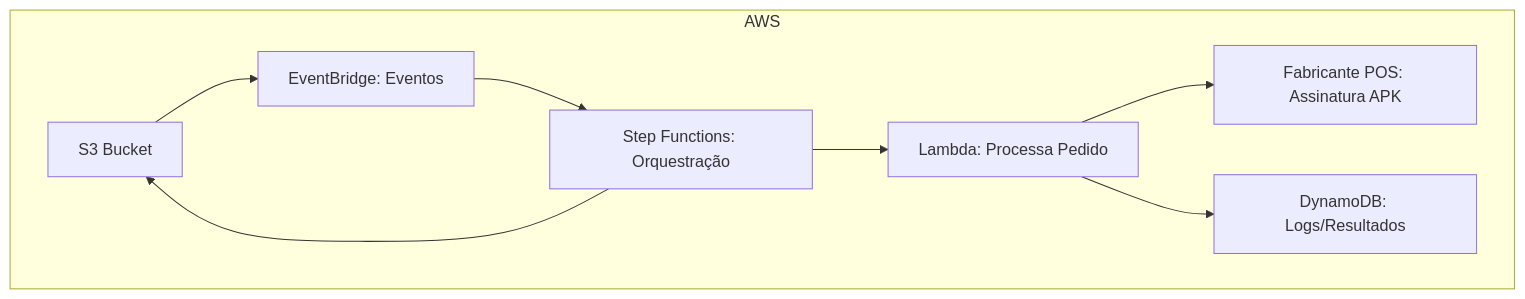
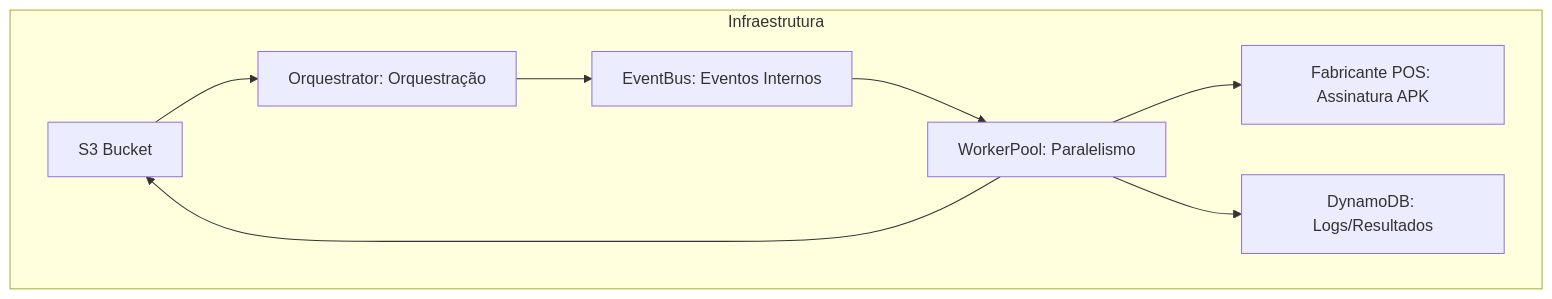
Before and after one commit to brunojet/demo-signserver: the first of 2 diagrams in docs/arquitetura.md, drawn with Mermaid. The commit also changed other lines of this file and 1 other file, not shown here.

````diff
--- a/docs/arquitetura.md
+++ b/docs/arquitetura.md
@@ -7,17 +8,17 @@
 ```mermaid
 graph TD
-    subgraph AWS
+    subgraph Infraestrutura
         S3[S3 Bucket]
-        Lambda[Lambda: Processa Pedido]
-        StepFn[Step Functions: Orquestração]
-        EventBridge[EventBridge: Eventos]
+        EventBus[EventBus: Eventos Internos]
+        Orquestrator[Orquestrator: Orquestração]
+        WorkerPool[WorkerPool: Paralelismo]
         DynamoDB[DynamoDB: Logs/Resultados]
         POS[Fabricante POS: Assinatura APK]
-        S3 --> EventBridge
-        EventBridge --> StepFn
-        StepFn --> Lambda
-        Lambda --> POS
-        Lambda --> DynamoDB
-        StepFn --> S3
+        S3 --> Orquestrator
+        Orquestrator --> EventBus
+        EventBus --> WorkerPool
+        WorkerPool --> POS
+        WorkerPool --> DynamoDB
+        WorkerPool --> S3
     end
 ```
````
